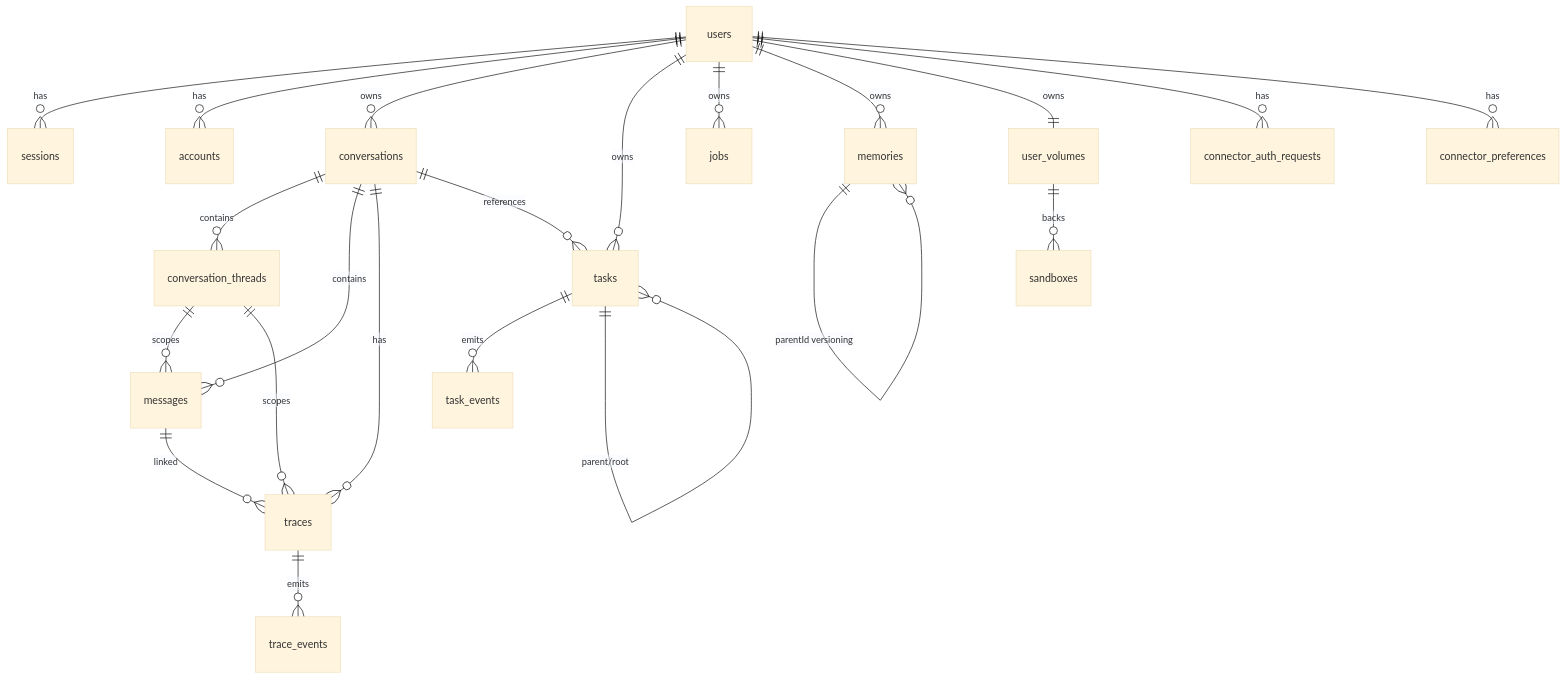
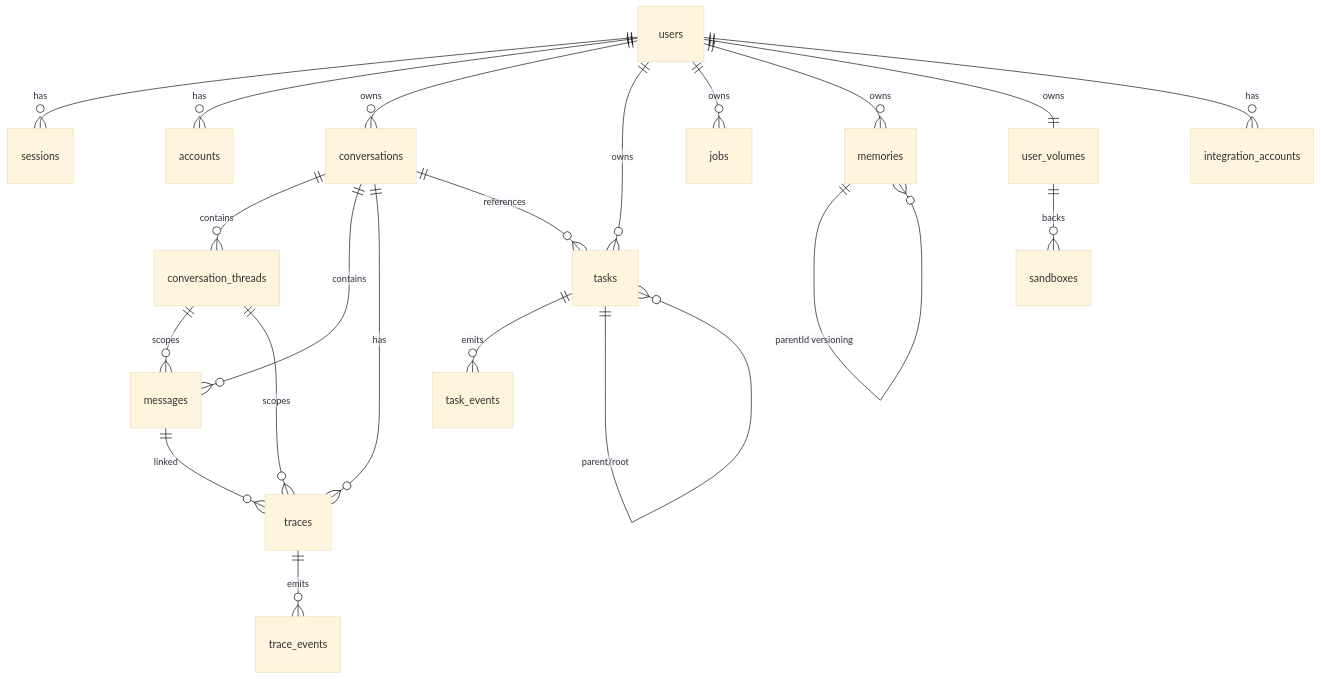
The diagram in docs/DATA_MODEL.md (punitarani/amby), drawn with Mermaid (base theme) before and after one commit. The commit also changed other lines of this file and 7 other files, not shown here.

First line of the commit message:
Migrate connector_* tables to integration_accounts model

````diff
--- a/docs/DATA_MODEL.md
+++ b/docs/DATA_MODEL.md
@@ -16,37 +16,36 @@
 ```mermaid
 erDiagram
     %% Users & Auth
     users ||--o{ sessions : has
     users ||--o{ accounts : has
     users ||--o{ conversations : owns
     users ||--o{ tasks : owns
     users ||--o{ jobs : owns
     users ||--o{ memories : owns
     users ||--|| user_volumes : owns
 
     %% Conversations
     conversations ||--o{ conversation_threads : contains
     conversations ||--o{ messages : contains
     conversations ||--o{ traces : has
     conversations ||--o{ tasks : references
     conversation_threads ||--o{ messages : scopes
     conversation_threads ||--o{ traces : scopes
 
     %% Execution
     messages ||--o{ traces : linked
     traces ||--o{ trace_events : emits
 
     %% Tasks
     tasks ||--o{ task_events : emits
     tasks ||--o{ tasks : "parent/root"
 
     %% Compute
     user_volumes ||--o{ sandboxes : backs
 
     %% Memories
     memories ||--o{ memories : "parentId versioning"
 
-    %% Connectors
-    users ||--o{ connector_auth_requests : has
-    users ||--o{ connector_preferences : has
+    %% Integrations
+    users ||--o{ integration_accounts : has
 ```
````
